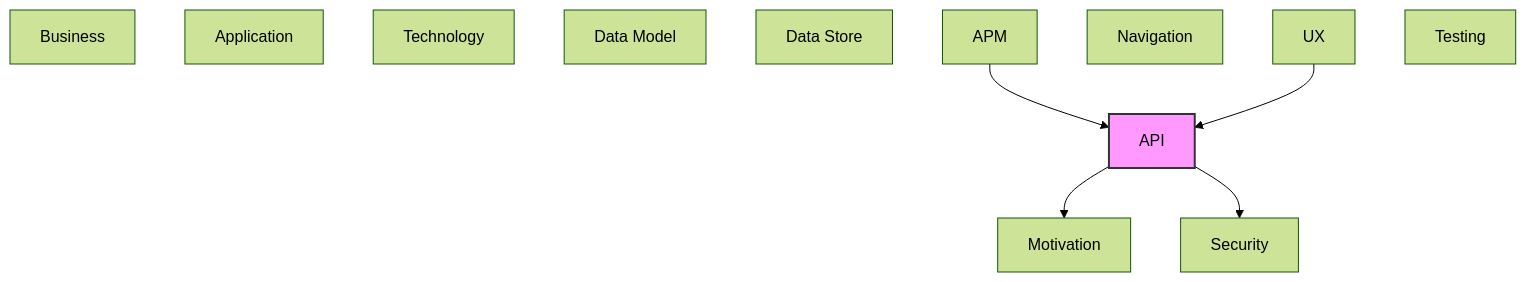
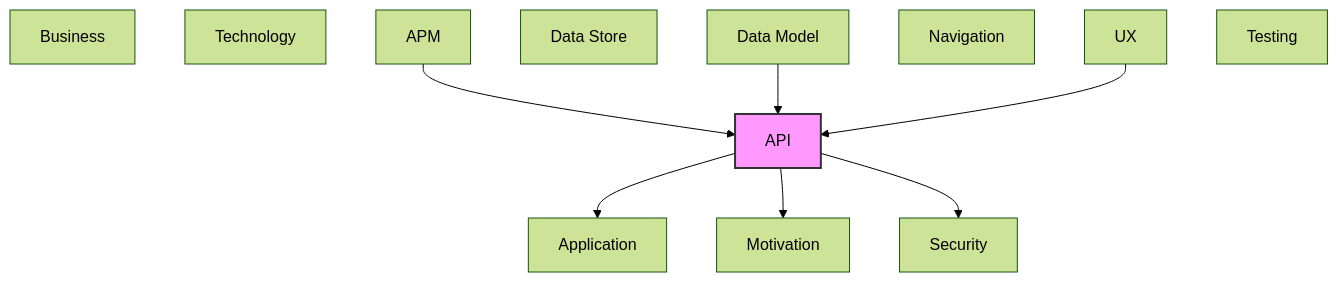
The diagram in documentation-robotics/reports/06-api-layer-report.md (tinkermonkey/context-studio), drawn with Mermaid (forest theme) before and after one commit. The commit also changed other lines of this file and 37 other files, not shown here.

````diff
--- a/documentation-robotics/reports/06-api-layer-report.md
+++ b/documentation-robotics/reports/06-api-layer-report.md
@@ -44,21 +224,23 @@
 ```mermaid
 flowchart TB
   classDef current fill:#f9f,stroke:#333,stroke-width:2px
   motivation["Motivation"]
   business["Business"]
   security["Security"]
   application["Application"]
   technology["Technology"]
   api["API"]
   data_model["Data Model"]
   data_store["Data Store"]
   ux["UX"]
   navigation["Navigation"]
   apm["APM"]
   testing["Testing"]
+  api --> application
   api --> motivation
   api --> security
   apm --> api
+  data_model --> api
   ux --> api
   class api current
 ```
````
